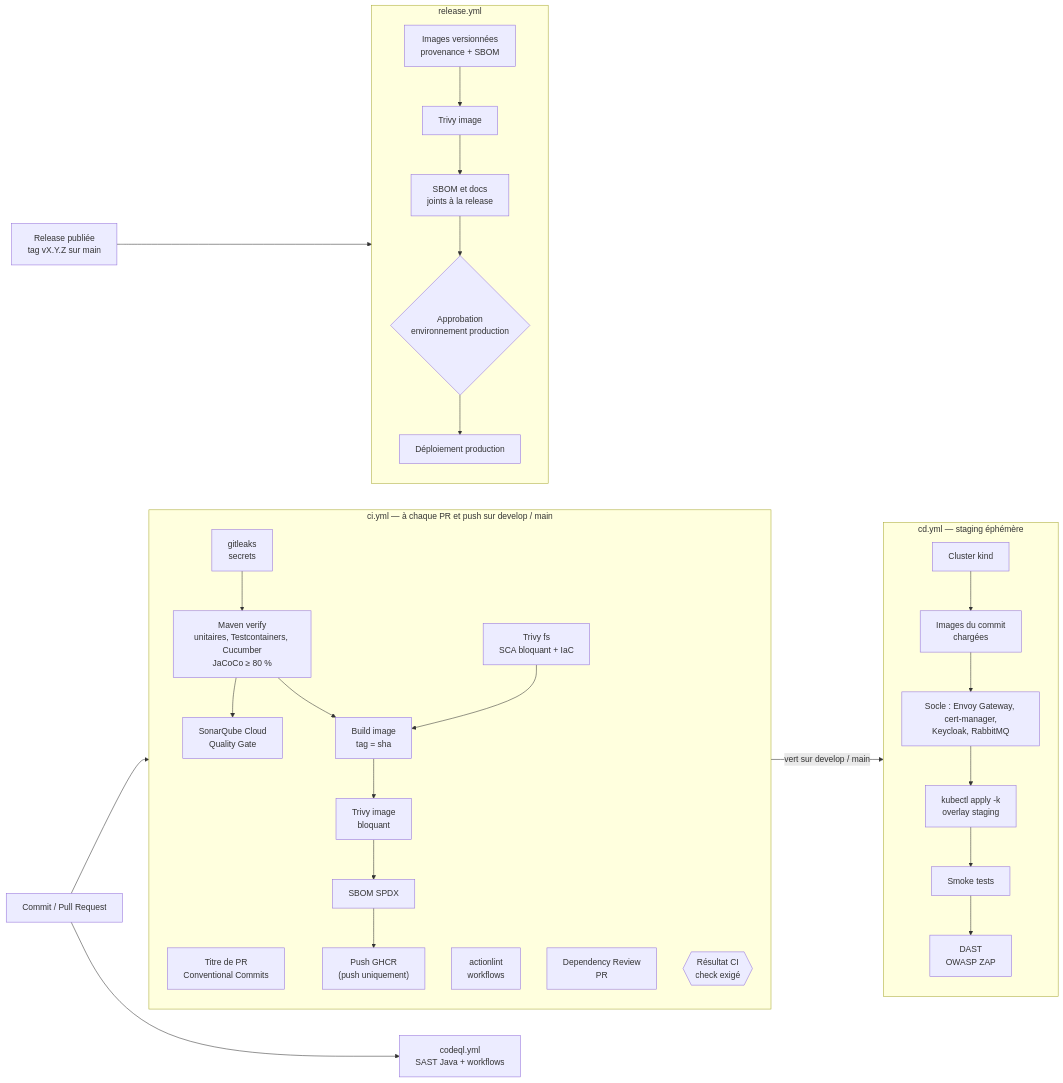
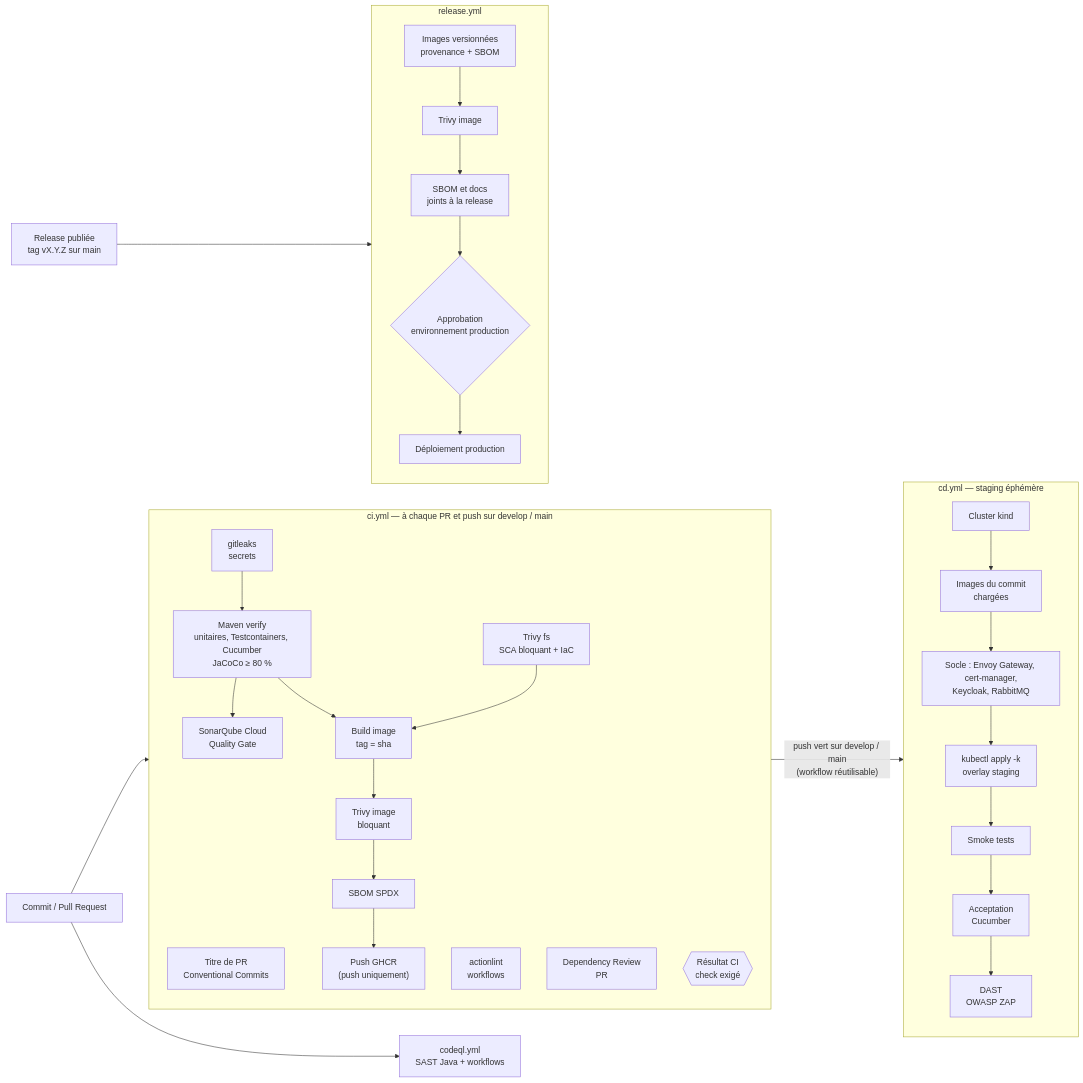
Before and after one commit to mbanzaroger/petitemaisonepouvante: the diagram in docs/02-cicd-pipeline.md, drawn with Mermaid. The commit also changed other lines of this file and 3 other files, not shown here.

First line of the commit message:
ci(cd): staging en workflow réutilisable appelé par la CI

````diff
--- a/docs/02-cicd-pipeline.md
+++ b/docs/02-cicd-pipeline.md
@@ -7,34 +7,34 @@
 ```mermaid
 flowchart LR
     DEV["Commit / Pull Request"] --> CI
     subgraph CI["ci.yml — à chaque PR et push sur develop / main"]
         direction TB
         C0["Titre de PR<br/>Conventional Commits"]
         C1["actionlint<br/>workflows"]
         C2["gitleaks<br/>secrets"]
         C3["Trivy fs<br/>SCA bloquant + IaC"]
         C4["Dependency Review<br/>PR"]
         C5["Maven verify<br/>unitaires, Testcontainers, Cucumber<br/>JaCoCo ≥ 80 %"]
         C6["SonarQube Cloud<br/>Quality Gate"]
         C7["Build image<br/>tag = sha"]
         C8["Trivy image<br/>bloquant"]
         C9["SBOM SPDX"]
         C10["Push GHCR<br/>(push uniquement)"]
         C2 --> C5 --> C6
         C3 --> C7
         C5 --> C7 --> C8 --> C9 --> C10
         OK{{"Résultat CI<br/>check exigé"}}
     end
     DEV --> Q["codeql.yml<br/>SAST Java + workflows"]
-    CI -->|"vert sur develop / main"| CD
+    CI -->|"push vert sur develop / main<br/>(workflow réutilisable)"| CD
     subgraph CD["cd.yml — staging éphémère"]
         direction TB
-        D1["Cluster kind"] --> D2["Images du commit<br/>chargées"] --> D3["Socle : Envoy Gateway, cert-manager,<br/>Keycloak, RabbitMQ"] --> D4["kubectl apply -k<br/>overlay staging"] --> D5["Smoke tests"] --> D6["DAST<br/>OWASP ZAP"]
+        D1["Cluster kind"] --> D2["Images du commit<br/>chargées"] --> D3["Socle : Envoy Gateway, cert-manager,<br/>Keycloak, RabbitMQ"] --> D4["kubectl apply -k<br/>overlay staging"] --> D5["Smoke tests"] --> D7["Acceptation<br/>Cucumber"] --> D6["DAST<br/>OWASP ZAP"]
     end
     REL["Release publiée<br/>tag vX.Y.Z sur main"] --> R
     subgraph R["release.yml"]
         direction TB
         R1["Images versionnées<br/>provenance + SBOM"] --> R2["Trivy image"] --> R3["SBOM et docs<br/>joints à la release"]
         R3 --> R4{"Approbation<br/>environnement production"} --> R5["Déploiement production"]
     end
 ```
````
